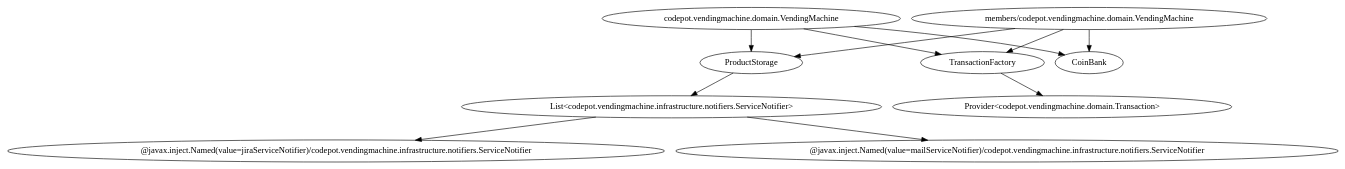
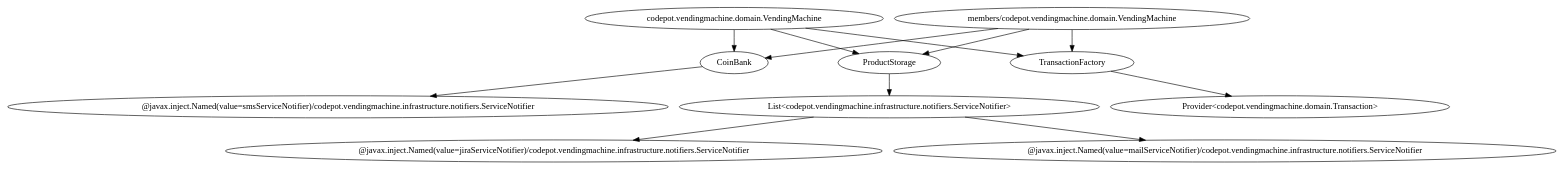
Before and after one commit to pawelszymczyk/codepot-vending-machine: the diagram in build/classes/main/generated/codepot/vendingmachine/infrastructure/VendingMachineModule.dot, drawn with Graphviz. The commit also changed 7 other files, not shown here.

```diff
--- a/build/classes/main/generated/codepot/vendingmachine/infrastructure/VendingMachineModule.dot
+++ b/build/classes/main/generated/codepot/vendingmachine/infrastructure/VendingMachineModule.dot
@@ -1,19 +1,21 @@
 digraph G1 {
   concentrate = true;
-  n2 [label="List<codepot.vendingmachine.infrastructure.notifiers.ServiceNotifier>"];
-  n3 [label="@javax.inject.Named(value=jiraServiceNotifier)/codepot.vendingmachine.infrastructure.notifiers.ServiceNotifier"];
-  n2 -> n3;
-  n4 [label="@javax.inject.Named(value=mailServiceNotifier)/codepot.vendingmachine.infrastructure.notifiers.ServiceNotifier"];
-  n2 -> n4;
-  ProductStorage -> n2;
-  n5 [label="Provider<codepot.vendingmachine.domain.Transaction>"];
-  TransactionFactory -> n5;
-  n6 [label="codepot.vendingmachine.domain.VendingMachine"];
-  n6 -> CoinBank;
-  n6 -> ProductStorage;
-  n6 -> TransactionFactory;
-  n7 [label="members/codepot.vendingmachine.domain.VendingMachine"];
+  n2 [label="@javax.inject.Named(value=smsServiceNotifier)/codepot.vendingmachine.infrastructure.notifiers.ServiceNotifier"];
+  CoinBank -> n2;
+  n3 [label="List<codepot.vendingmachine.infrastructure.notifiers.ServiceNotifier>"];
+  n4 [label="@javax.inject.Named(value=jiraServiceNotifier)/codepot.vendingmachine.infrastructure.notifiers.ServiceNotifier"];
+  n3 -> n4;
+  n5 [label="@javax.inject.Named(value=mailServiceNotifier)/codepot.vendingmachine.infrastructure.notifiers.ServiceNotifier"];
+  n3 -> n5;
+  ProductStorage -> n3;
+  n6 [label="Provider<codepot.vendingmachine.domain.Transaction>"];
+  TransactionFactory -> n6;
+  n7 [label="codepot.vendingmachine.domain.VendingMachine"];
   n7 -> CoinBank;
   n7 -> ProductStorage;
   n7 -> TransactionFactory;
+  n8 [label="members/codepot.vendingmachine.domain.VendingMachine"];
+  n8 -> CoinBank;
+  n8 -> ProductStorage;
+  n8 -> TransactionFactory;
 }
```
